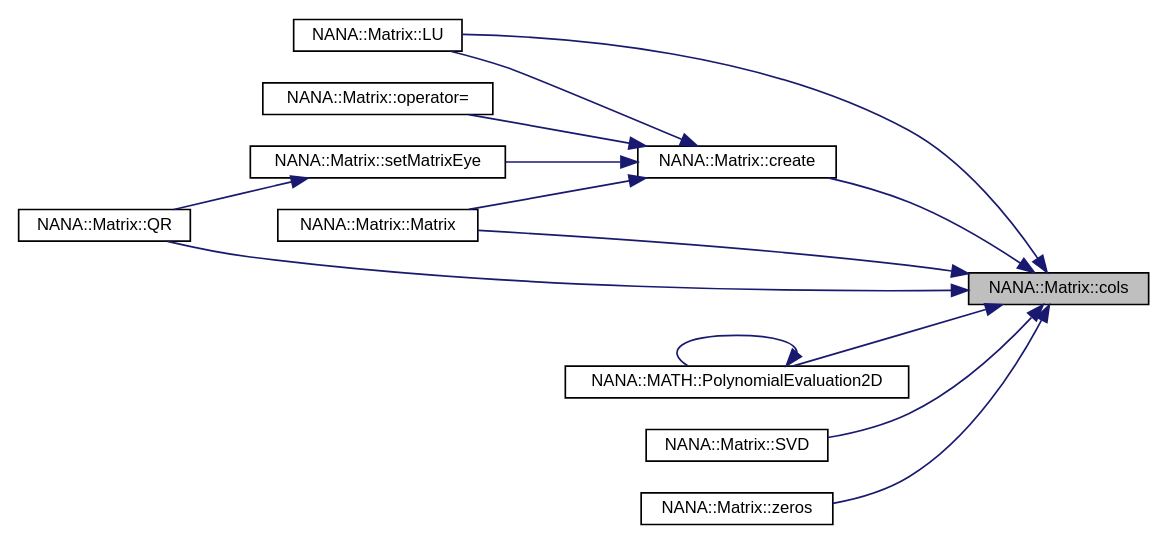
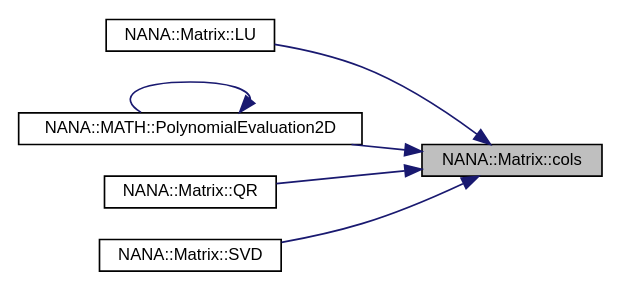
The diagram in docs/class_n_a_n_a_1_1_matrix_a5e7705b4d776c325b12b0599c021f607_icgraph.dot (YuruTu/NANA), drawn with Graphviz before and after one commit. The commit also changed 83 other files, not shown here.

```diff
--- a/docs/class_n_a_n_a_1_1_matrix_a5e7705b4d776c325b12b0599c021f607_icgraph.dot
+++ b/docs/class_n_a_n_a_1_1_matrix_a5e7705b4d776c325b12b0599c021f607_icgraph.dot
@@ -1,30 +1,17 @@
 digraph "NANA::Matrix::cols"
 {
  // LATEX_PDF_SIZE
   edge [fontname="Helvetica",fontsize="10",labelfontname="Helvetica",labelfontsize="10"];
   node [fontname="Helvetica",fontsize="10",shape=record];
   rankdir="RL";
   Node1 [label="NANA::Matrix::cols",height=0.2,width=0.4,color="black", fillcolor="grey75", style="filled", fontcolor="black",tooltip="获取矩阵的列数"];
   Node1 -> Node2 [dir="back",color="midnightblue",fontsize="10",style="solid",fontname="Helvetica"];
-  Node2 [label="NANA::Matrix::create",height=0.2,width=0.4,color="black", fillcolor="white", style="filled",URL="$class_n_a_n_a_1_1_matrix.html#a9143733c65d050c962bb9ea8fe03d19b",tooltip="申请内存"];
-  Node2 -> Node3 [dir="back",color="midnightblue",fontsize="10",style="solid",fontname="Helvetica"];
-  Node3 [label="NANA::Matrix::LU",height=0.2,width=0.4,color="black", fillcolor="white", style="filled",URL="$class_n_a_n_a_1_1_matrix.html#a4fa999237fe4b55b662bcd8e38707d1e",tooltip="实现矩阵的LU分解"];
-  Node2 -> Node4 [dir="back",color="midnightblue",fontsize="10",style="solid",fontname="Helvetica"];
-  Node4 [label="NANA::Matrix::Matrix",height=0.2,width=0.4,color="black", fillcolor="white", style="filled",URL="$class_n_a_n_a_1_1_matrix.html#a200779713f922b3c87ad193b3ea7f6b4",tooltip="构造函数，主动申请与管理内存"];
-  Node2 -> Node5 [dir="back",color="midnightblue",fontsize="10",style="solid",fontname="Helvetica"];
-  Node5 [label="NANA::Matrix::operator=",height=0.2,width=0.4,color="black", fillcolor="white", style="filled",URL="$class_n_a_n_a_1_1_matrix.html#af8f91cc9e267b3c55d0b8e6cb80351c4",tooltip="等于时"];
-  Node2 -> Node6 [dir="back",color="midnightblue",fontsize="10",style="solid",fontname="Helvetica"];
-  Node6 [label="NANA::Matrix::setMatrixEye",height=0.2,width=0.4,color="black", fillcolor="white", style="filled",URL="$class_n_a_n_a_1_1_matrix.html#a0a5423a5d4ad70b3225216b7a6542ee4",tooltip="将当前矩阵设置为单位矩阵"];
-  Node6 -> Node7 [dir="back",color="midnightblue",fontsize="10",style="solid",fontname="Helvetica"];
-  Node7 [label="NANA::Matrix::QR",height=0.2,width=0.4,color="black", fillcolor="white", style="filled",URL="$class_n_a_n_a_1_1_matrix.html#aa7c0b878879e366512929f60b01b883b",tooltip="基于豪斯荷尔德变换实现矩阵的QR分解"];
+  Node2 [label="NANA::Matrix::LU",height=0.2,width=0.4,color="black", fillcolor="white", style="filled",URL="$class_n_a_n_a_1_1_matrix.html#a4fa999237fe4b55b662bcd8e38707d1e",tooltip="实现矩阵的LU分解"];
   Node1 -> Node3 [dir="back",color="midnightblue",fontsize="10",style="solid",fontname="Helvetica"];
+  Node3 [label="NANA::MATH::PolynomialEvaluation2D",height=0.2,width=0.4,color="black", fillcolor="white", style="filled",URL="$polynomialevaluation_8hpp.html#af878aea278122eda8be688e6a205c001",tooltip="二维多项式求值"];
+  Node3 -> Node3 [dir="back",color="midnightblue",fontsize="10",style="solid",fontname="Helvetica"];
   Node1 -> Node4 [dir="back",color="midnightblue",fontsize="10",style="solid",fontname="Helvetica"];
-  Node1 -> Node8 [dir="back",color="midnightblue",fontsize="10",style="solid",fontname="Helvetica"];
-  Node8 [label="NANA::MATH::PolynomialEvaluation2D",height=0.2,width=0.4,color="black", fillcolor="white", style="filled",URL="$polynomialevaluation_8hpp.html#af878aea278122eda8be688e6a205c001",tooltip="二维多项式求值"];
-  Node8 -> Node8 [dir="back",color="midnightblue",fontsize="10",style="solid",fontname="Helvetica"];
-  Node1 -> Node7 [dir="back",color="midnightblue",fontsize="10",style="solid",fontname="Helvetica"];
-  Node1 -> Node9 [dir="back",color="midnightblue",fontsize="10",style="solid",fontname="Helvetica"];
-  Node9 [label="NANA::Matrix::SVD",height=0.2,width=0.4,color="black", fillcolor="white", style="filled",URL="$class_n_a_n_a_1_1_matrix.html#a8352dc7654f5aa3b0739675226f506b3",tooltip="实现奇异值分解"];
-  Node1 -> Node10 [dir="back",color="midnightblue",fontsize="10",style="solid",fontname="Helvetica"];
-  Node10 [label="NANA::Matrix::zeros",height=0.2,width=0.4,color="black", fillcolor="white", style="filled",URL="$class_n_a_n_a_1_1_matrix.html#aca43ab15a7bcbb1b79bba0e384064194",tooltip="生成全0矩阵"];
+  Node4 [label="NANA::Matrix::QR",height=0.2,width=0.4,color="black", fillcolor="white", style="filled",URL="$class_n_a_n_a_1_1_matrix.html#aa7c0b878879e366512929f60b01b883b",tooltip="基于豪斯荷尔德变换实现矩阵的QR分解"];
+  Node1 -> Node5 [dir="back",color="midnightblue",fontsize="10",style="solid",fontname="Helvetica"];
+  Node5 [label="NANA::Matrix::SVD",height=0.2,width=0.4,color="black", fillcolor="white", style="filled",URL="$class_n_a_n_a_1_1_matrix.html#a8352dc7654f5aa3b0739675226f506b3",tooltip="实现奇异值分解"];
 }
```
